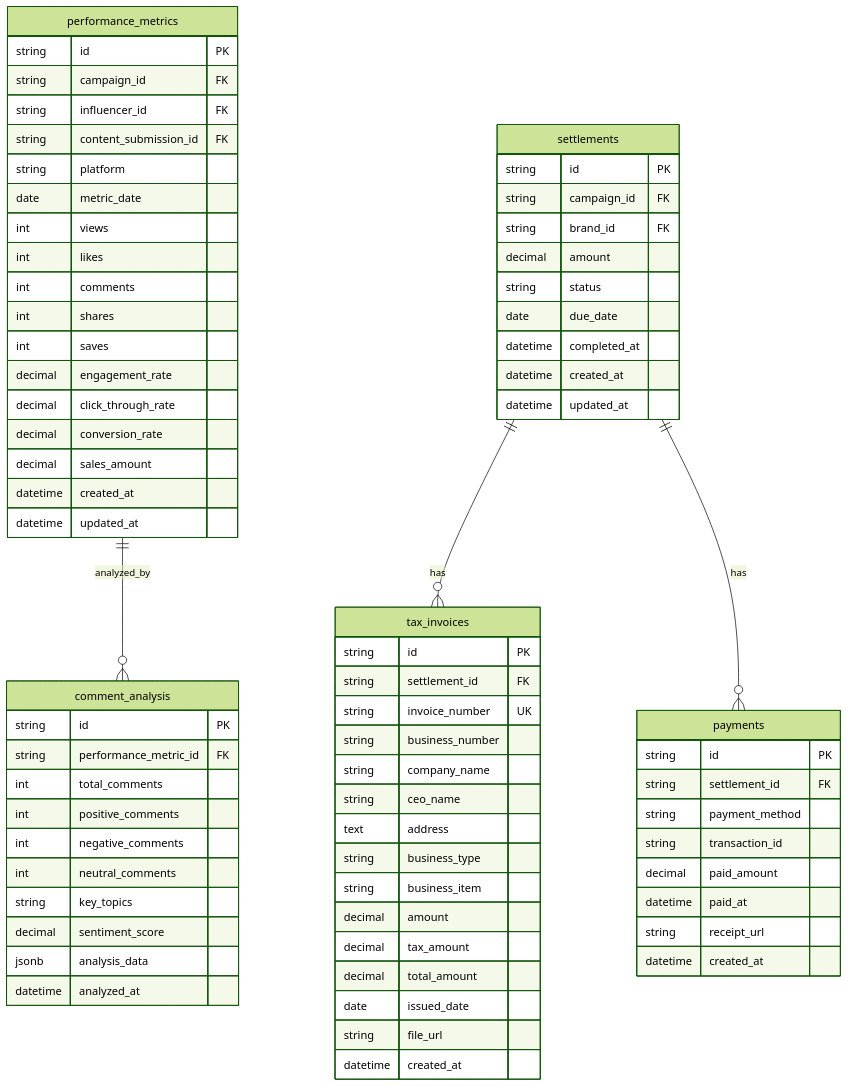
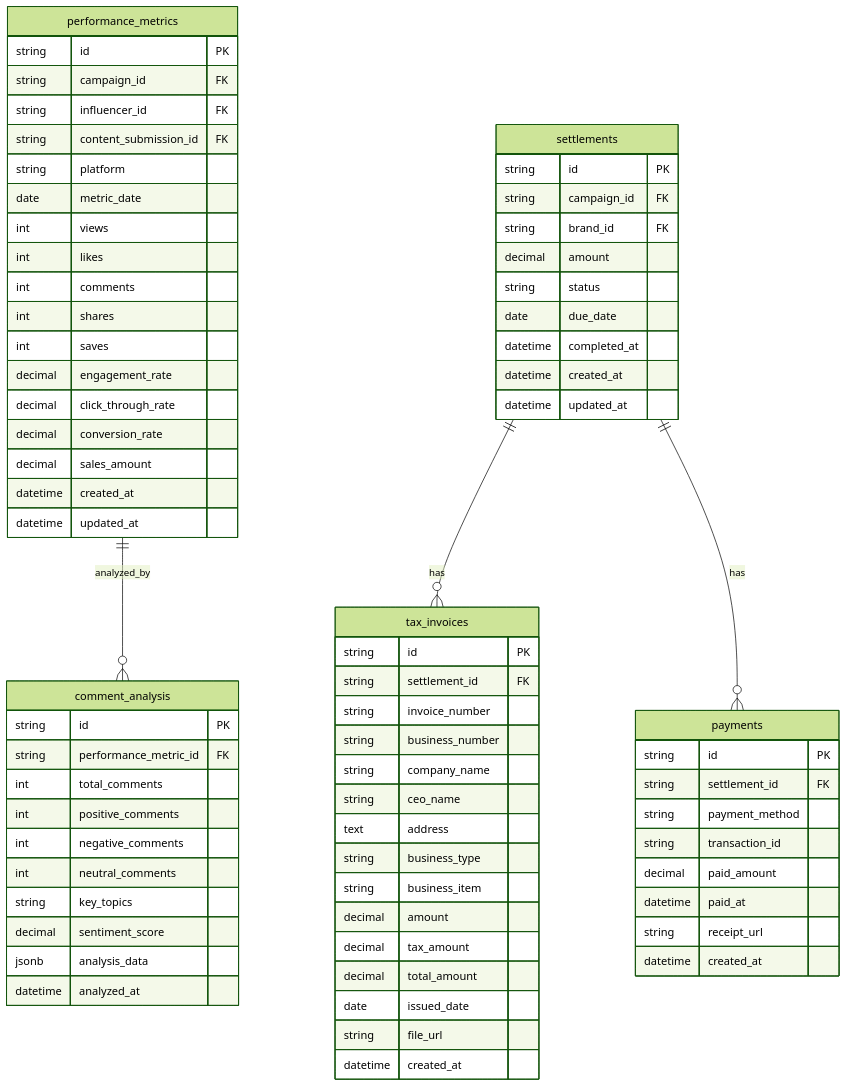
One commit to seungwonme/smartclassbot changed the seventh of 18 diagrams in docs/heongyuham/byCursor/circlue_db_design.md. Above: the diagram before and after it, drawn with Mermaid (forest theme). The commit also changed other lines of this file, not shown here.

````diff
--- a/docs/heongyuham/byCursor/circlue_db_design.md
+++ b/docs/heongyuham/byCursor/circlue_db_design.md
@@ -272,80 +272,80 @@
 ```mermaid
 erDiagram
     performance_metrics {
         string id PK
         string campaign_id FK
         string influencer_id FK
         string content_submission_id FK
         string platform
         date metric_date
         int views
         int likes
         int comments
         int shares
         int saves
         decimal engagement_rate
         decimal click_through_rate
         decimal conversion_rate
         decimal sales_amount
         datetime created_at
         datetime updated_at
     }
 
     comment_analysis {
         string id PK
         string performance_metric_id FK
         int total_comments
         int positive_comments
         int negative_comments
         int neutral_comments
         string key_topics
         decimal sentiment_score
         jsonb analysis_data
         datetime analyzed_at
     }
 
     settlements {
         string id PK
         string campaign_id FK
         string brand_id FK
         decimal amount
         string status
         date due_date
         datetime completed_at
         datetime created_at
         datetime updated_at
     }
 
     tax_invoices {
         string id PK
         string settlement_id FK
-        string invoice_number UK
+        string invoice_number
         string business_number
         string company_name
         string ceo_name
         text address
         string business_type
         string business_item
         decimal amount
         decimal tax_amount
         decimal total_amount
         date issued_date
         string file_url
         datetime created_at
     }
 
     payments {
         string id PK
         string settlement_id FK
         string payment_method
         string transaction_id
         decimal paid_amount
         datetime paid_at
         string receipt_url
         datetime created_at
     }
 
     performance_metrics ||--o{ comment_analysis : analyzed_by
     settlements ||--o{ tax_invoices : has
     settlements ||--o{ payments : has
 ```
````
